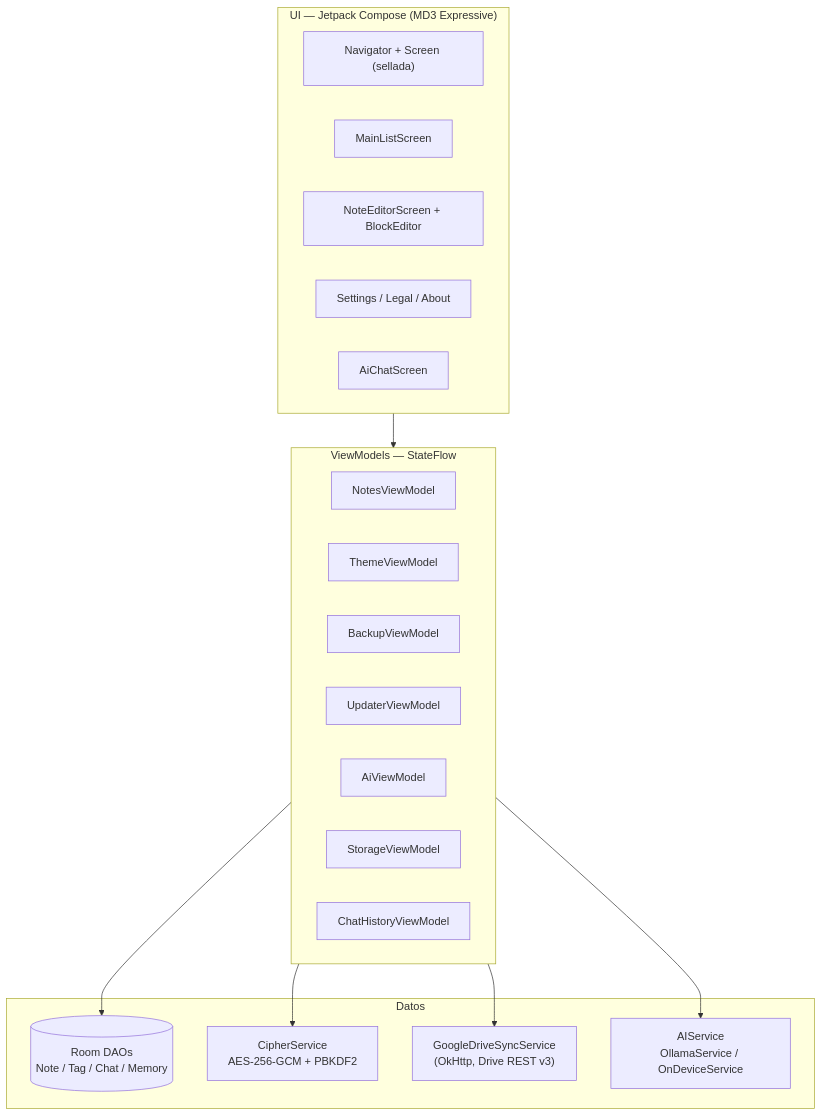
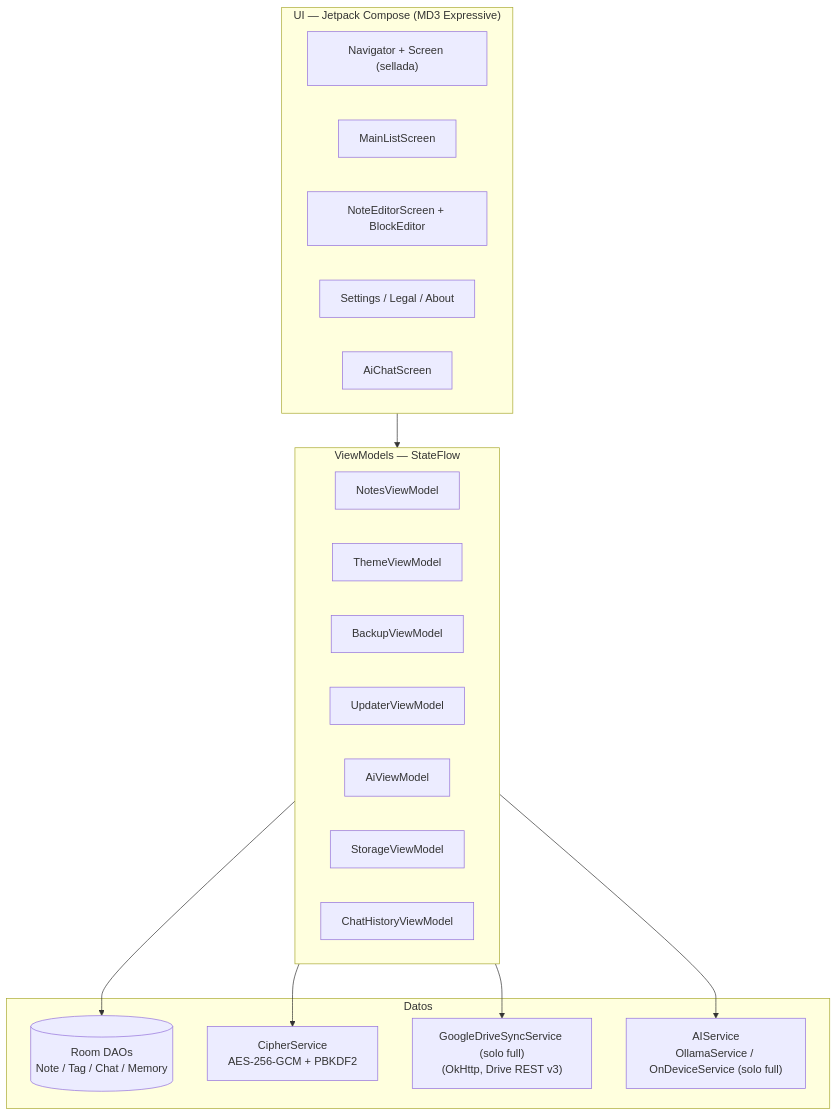
Before and after one commit to ESTRIN217/secure-notes: the diagram in docs/ARCHITECTURE.md, drawn with Mermaid. The commit also changed other lines of this file and 39 other files, not shown here.

````diff
--- a/docs/ARCHITECTURE.md
+++ b/docs/ARCHITECTURE.md
@@ -9,30 +9,30 @@
 ```mermaid
 flowchart TB
     subgraph UI["UI — Jetpack Compose (MD3 Expressive)"]
         NAV["Navigator + Screen (sellada)"]
         MAIN["MainListScreen"]
         EDIT["NoteEditorScreen + BlockEditor"]
         SET["Settings / Legal / About"]
         AI["AiChatScreen"]
     end
     subgraph VM["ViewModels — StateFlow"]
         NVM["NotesViewModel"]
         TVM["ThemeViewModel"]
         BVM["BackupViewModel"]
         UVM["UpdaterViewModel"]
         AVM["AiViewModel"]
         SVM["StorageViewModel"]
         CVM["ChatHistoryViewModel"]
     end
     subgraph DATA["Datos"]
         DAO[("Room DAOs<br/>Note / Tag / Chat / Memory")]
         CIP["CipherService<br/>AES-256-GCM + PBKDF2"]
-        DRIVE["GoogleDriveSyncService<br/>(OkHttp, Drive REST v3)"]
-        AIS["AIService<br/>OllamaService / OnDeviceService"]
+        DRIVE["GoogleDriveSyncService (solo full)<br/>(OkHttp, Drive REST v3)"]
+        AIS["AIService<br/>OllamaService / OnDeviceService (solo full)"]
     end
     UI --> VM
     VM --> DAO
     VM --> CIP
     VM --> DRIVE
     VM --> AIS
 ```
````
